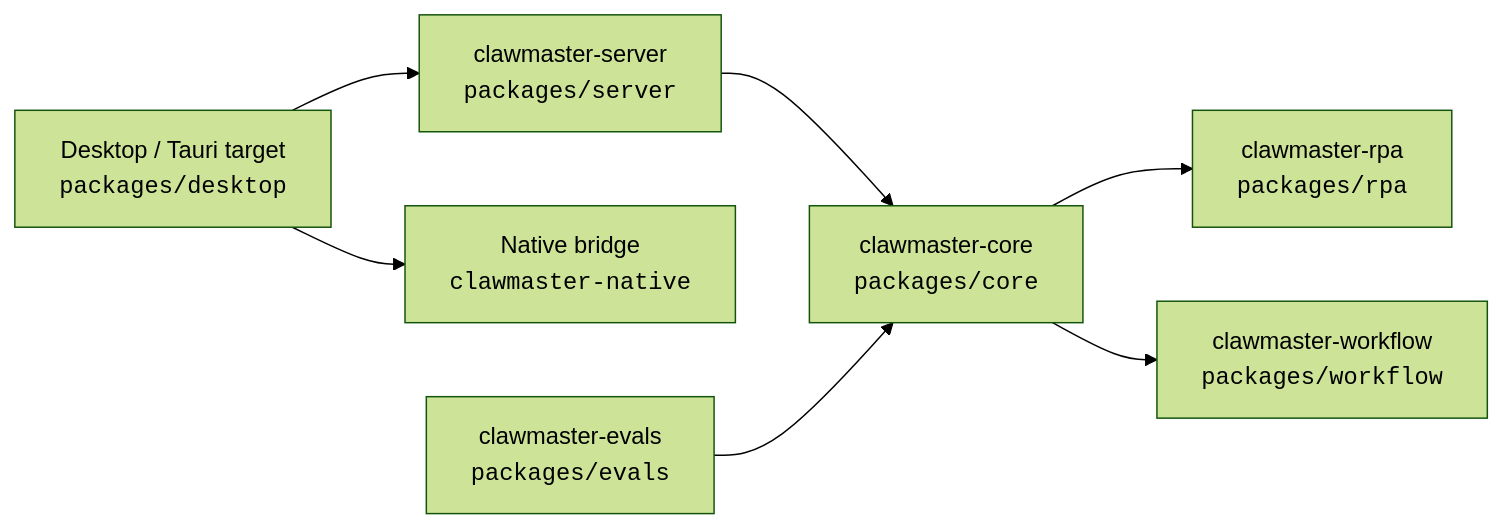
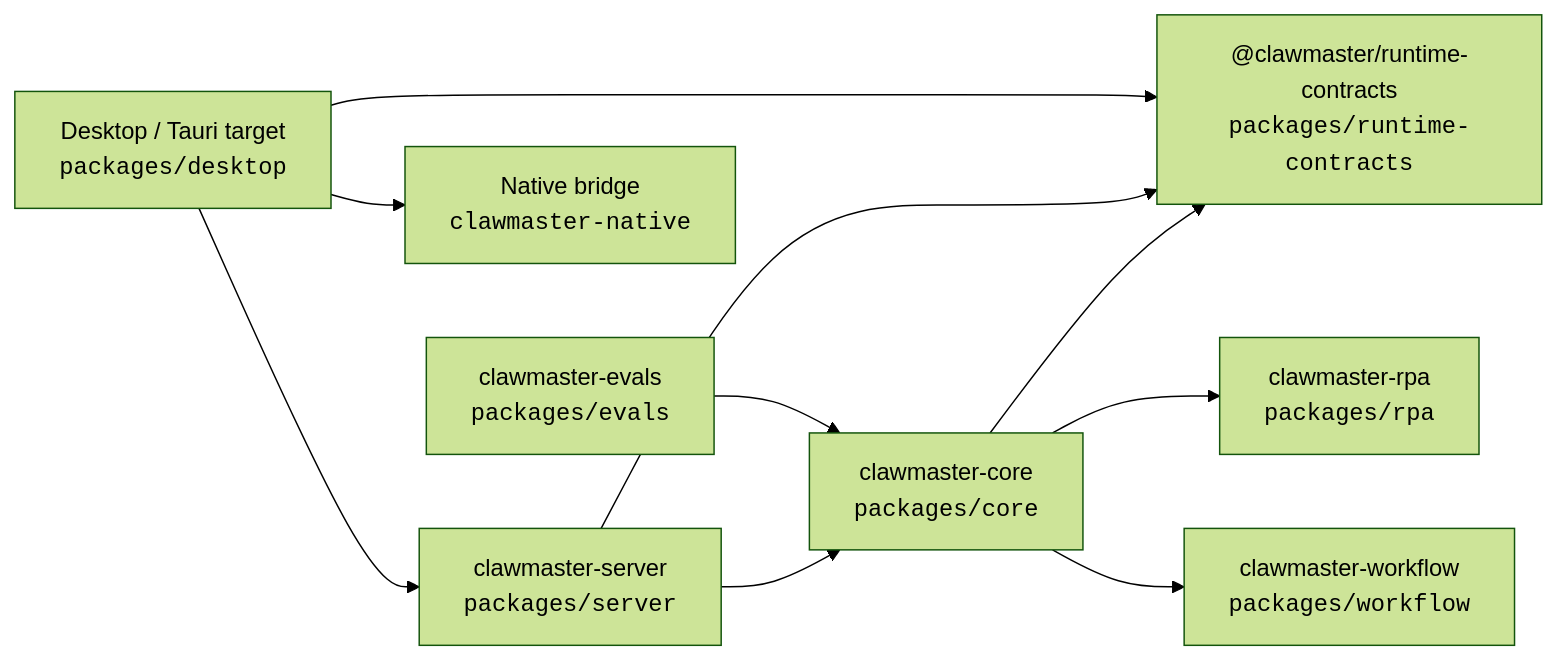
Before and after one commit to NSIETeam/ClawMaster: the first of 4 diagrams in docs/code-map.md, drawn with Mermaid (forest theme). The commit also changed 31 other files, not shown here.

````diff
--- a/docs/code-map.md
+++ b/docs/code-map.md
@@ -8,16 +8,20 @@
 ```mermaid
 flowchart LR
   p1["clawmaster-core<br/><code>packages/core</code>"]
   p2["clawmaster-server<br/><code>packages/server</code>"]
   p3["Desktop / Tauri target<br/><code>packages/desktop</code>"]
-  p4["Native bridge<br/><code>clawmaster-native</code>"]
-  p5["clawmaster-evals<br/><code>packages/evals</code>"]
-  p6["clawmaster-workflow<br/><code>packages/workflow</code>"]
-  p7["clawmaster-rpa<br/><code>packages/rpa</code>"]
+  p4["@clawmaster/runtime-contracts<br/><code>packages/runtime-contracts</code>"]
+  p5["Native bridge<br/><code>clawmaster-native</code>"]
+  p6["clawmaster-evals<br/><code>packages/evals</code>"]
+  p7["clawmaster-workflow<br/><code>packages/workflow</code>"]
+  p8["clawmaster-rpa<br/><code>packages/rpa</code>"]
+  p1 --> p4
+  p1 --> p8
   p1 --> p7
-  p1 --> p6
+  p2 --> p4
   p2 --> p1
+  p3 --> p5
   p3 --> p4
   p3 --> p2
-  p5 --> p1
+  p6 --> p1
 ```
````
